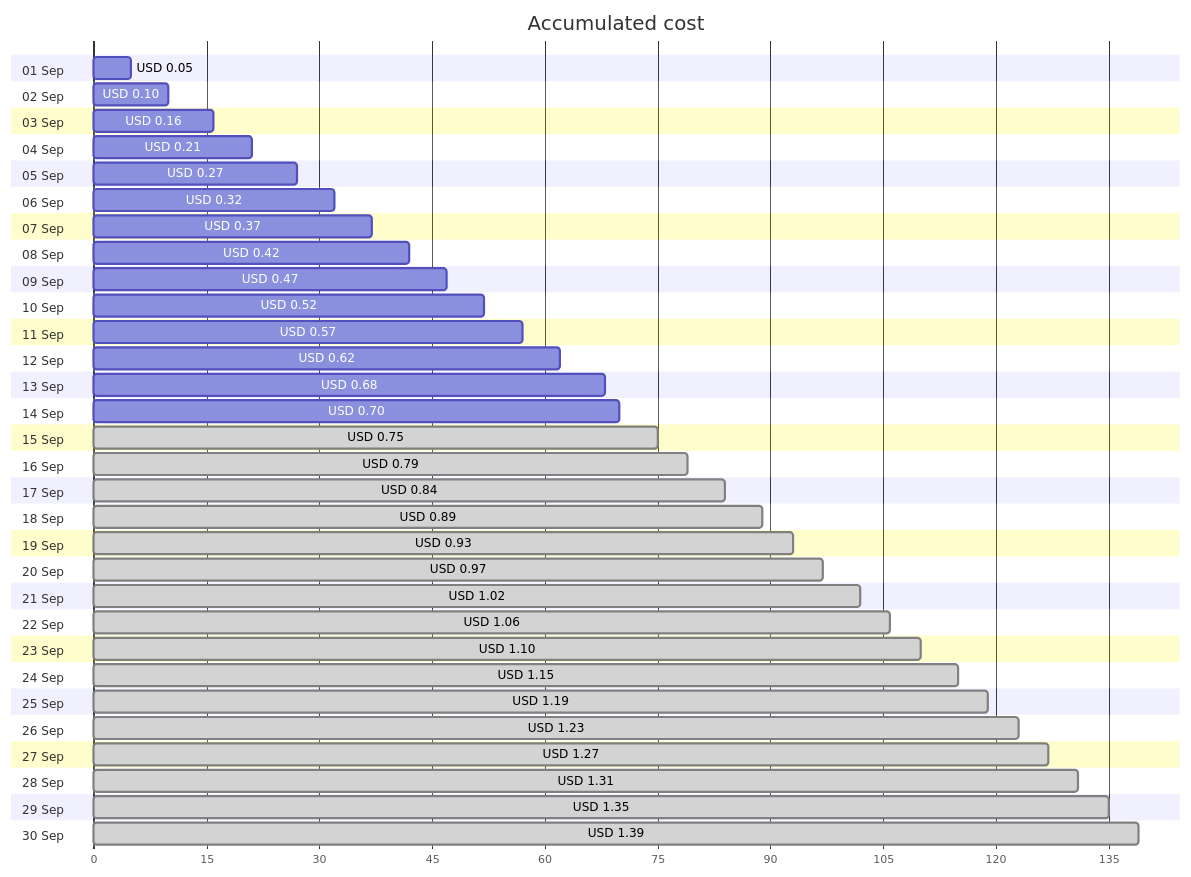
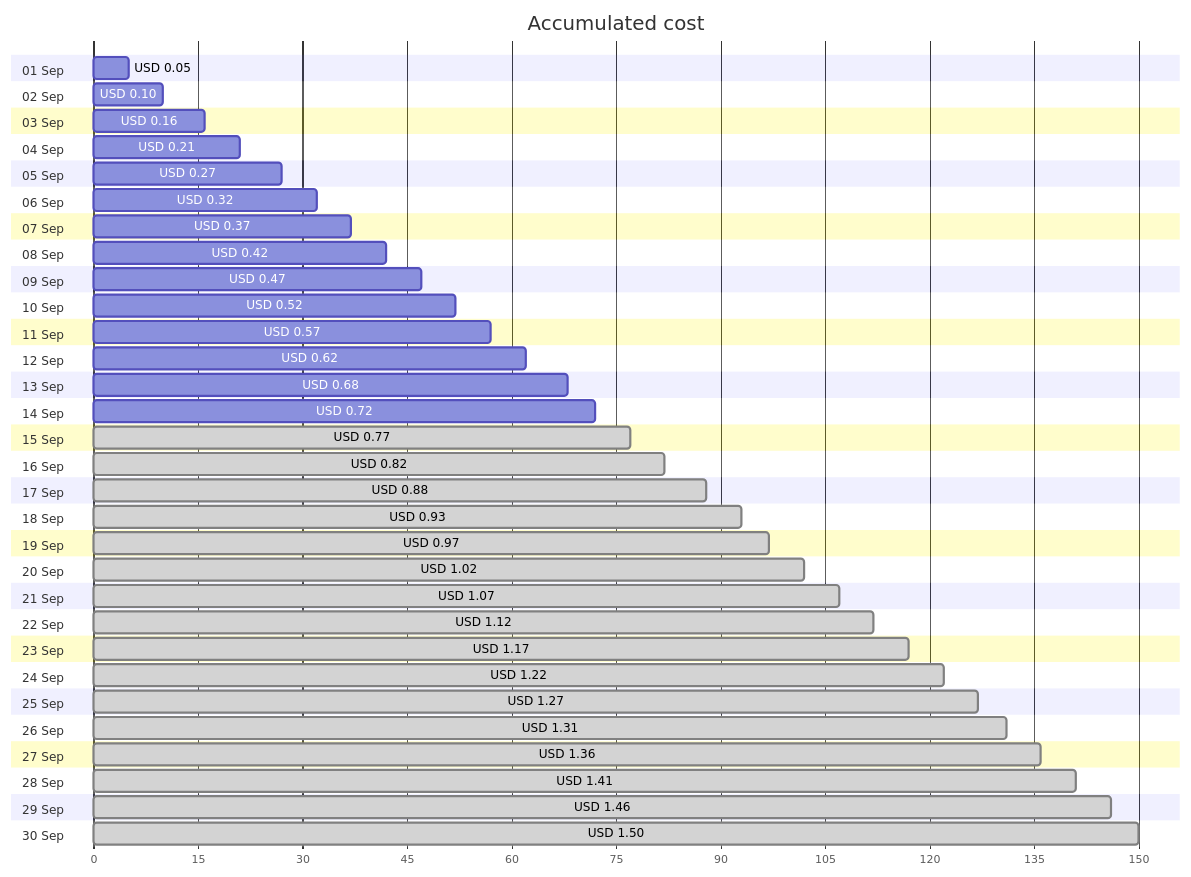
Before and after one commit to jpfulton/azure-personal-reports: the first of 4 diagrams in cost-reports/personal-network/win-dev_OsDisk.md, drawn with Mermaid. The commit also changed other lines of this file and 37 other files, not shown here.

````diff
--- a/cost-reports/personal-network/win-dev_OsDisk.md
+++ b/cost-reports/personal-network/win-dev_OsDisk.md
@@ -20,66 +20,66 @@
 ```mermaid
 gantt
    title Accumulated cost
    dateFormat  X
    axisFormat %s
    section 01 Sep
    USD 0.05 :0, 5
    section 02 Sep
    USD 0.10 :0, 10
    section 03 Sep
    USD 0.16 :0, 16
    section 04 Sep
    USD 0.21 :0, 21
    section 05 Sep
    USD 0.27 :0, 27
    section 06 Sep
    USD 0.32 :0, 32
    section 07 Sep
    USD 0.37 :0, 37
    section 08 Sep
    USD 0.42 :0, 42
    section 09 Sep
    USD 0.47 :0, 47
    section 10 Sep
    USD 0.52 :0, 52
    section 11 Sep
    USD 0.57 :0, 57
    section 12 Sep
    USD 0.62 :0, 62
    section 13 Sep
    USD 0.68 :0, 68
    section 14 Sep
-   USD 0.70 :0, 70
+   USD 0.72 :0, 72
    section 15 Sep
-   USD 0.75 : done, 0, 75
+   USD 0.77 : done, 0, 77
    section 16 Sep
-   USD 0.79 : done, 0, 79
+   USD 0.82 : done, 0, 82
    section 17 Sep
-   USD 0.84 : done, 0, 84
+   USD 0.88 : done, 0, 88
    section 18 Sep
-   USD 0.89 : done, 0, 89
+   USD 0.93 : done, 0, 93
    section 19 Sep
-   USD 0.93 : done, 0, 93
+   USD 0.97 : done, 0, 97
    section 20 Sep
-   USD 0.97 : done, 0, 97
+   USD 1.02 : done, 0, 102
    section 21 Sep
-   USD 1.02 : done, 0, 102
+   USD 1.07 : done, 0, 107
    section 22 Sep
-   USD 1.06 : done, 0, 106
+   USD 1.12 : done, 0, 112
    section 23 Sep
-   USD 1.10 : done, 0, 110
+   USD 1.17 : done, 0, 117
    section 24 Sep
-   USD 1.15 : done, 0, 115
+   USD 1.22 : done, 0, 122
    section 25 Sep
-   USD 1.19 : done, 0, 119
+   USD 1.27 : done, 0, 127
    section 26 Sep
-   USD 1.23 : done, 0, 123
+   USD 1.31 : done, 0, 131
    section 27 Sep
-   USD 1.27 : done, 0, 127
+   USD 1.36 : done, 0, 136
    section 28 Sep
-   USD 1.31 : done, 0, 131
+   USD 1.41 : done, 0, 141
    section 29 Sep
-   USD 1.35 : done, 0, 135
+   USD 1.46 : done, 0, 146
    section 30 Sep
-   USD 1.39 : done, 0, 139
+   USD 1.50 : done, 0, 150
 ```
````
